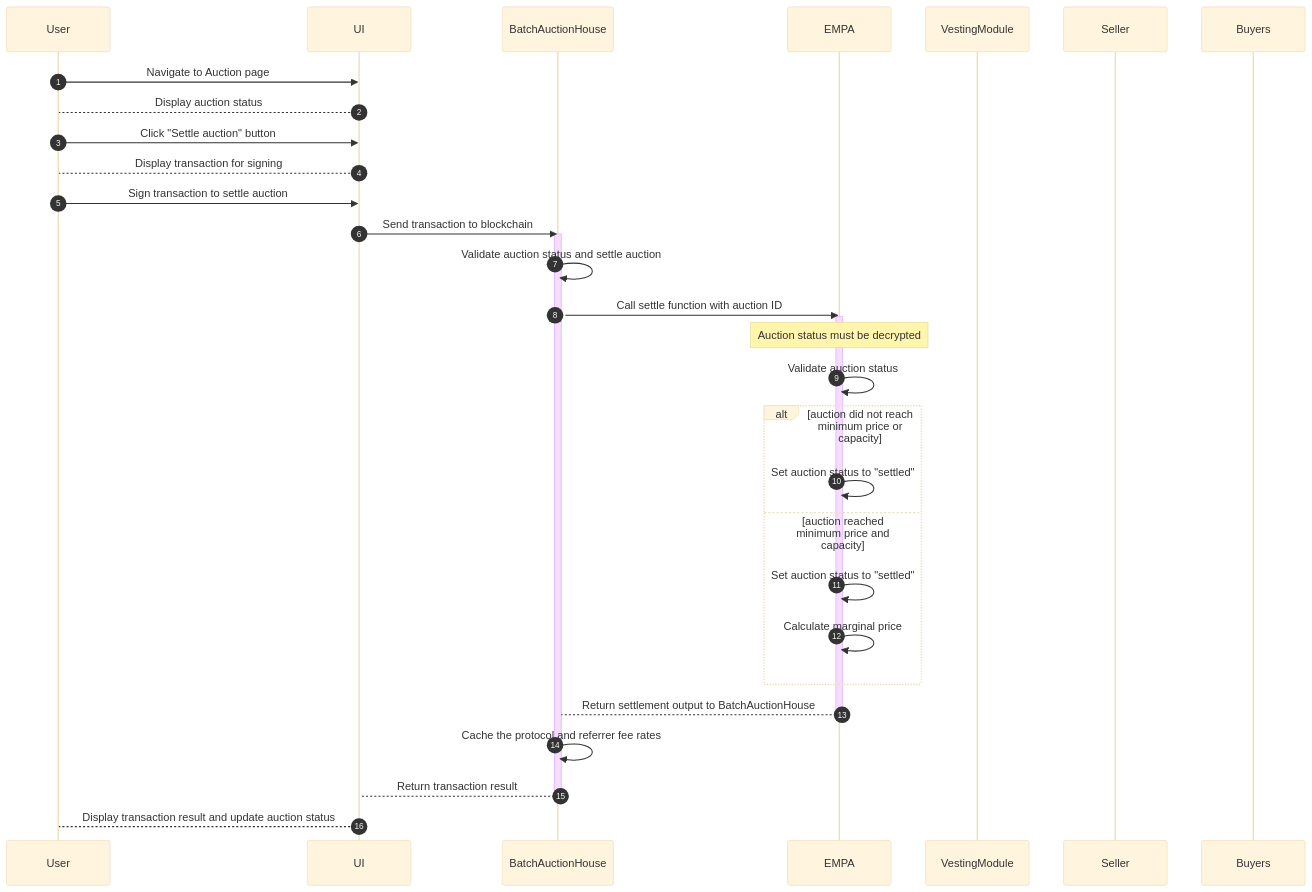
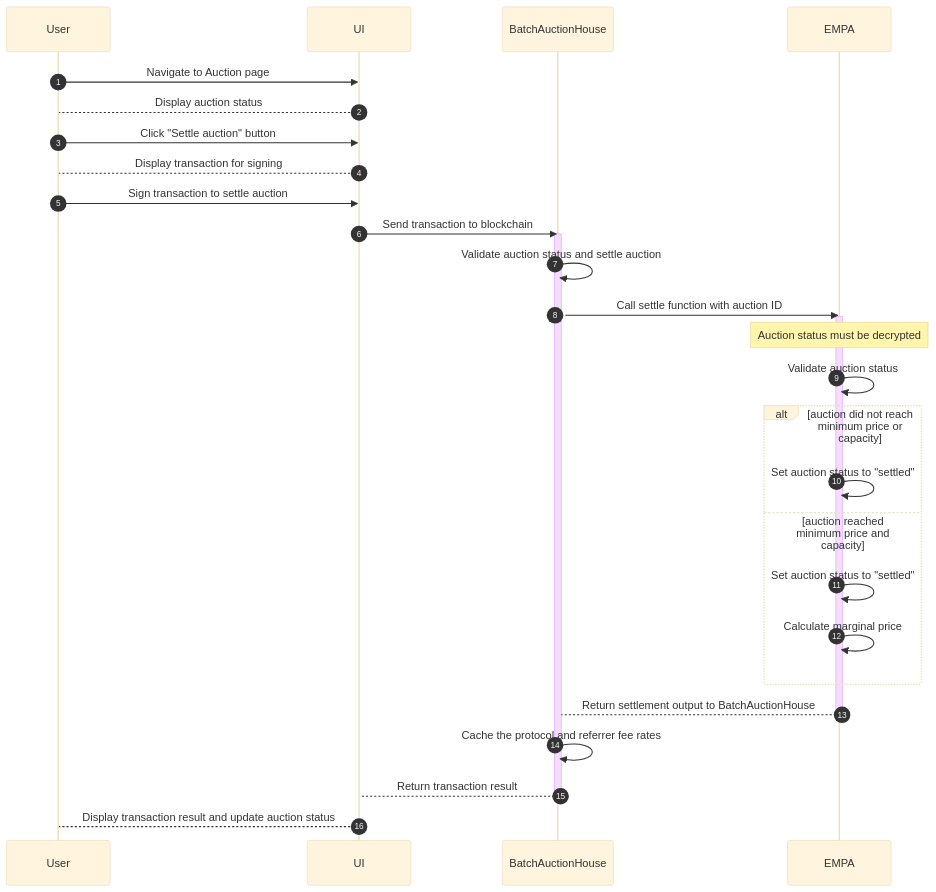
One commit to Axis-Fi/axis-core changed the sixth of 9 diagrams in design/EMPA.md. Above: the diagram before and after it, drawn with Mermaid (base theme). The commit also changed other lines of this file, not shown here.

````diff
--- a/design/EMPA.md
+++ b/design/EMPA.md
@@ -319,36 +325,33 @@
 ```mermaid
 sequenceDiagram
   autoNumber
   participant User
   participant UI
   participant BatchAuctionHouse
   participant EMPA
-  participant VestingModule
-  participant Seller
-  participant Buyers
 
   User->>UI: Navigate to Auction page
   UI-->User: Display auction status
   User->>UI: Click "Settle auction" button
   UI-->User: Display transaction for signing
   User->>UI: Sign transaction to settle auction
   UI->>BatchAuctionHouse: Send transaction to blockchain
   activate BatchAuctionHouse
       BatchAuctionHouse->>BatchAuctionHouse: Validate auction status and settle auction
       BatchAuctionHouse->>EMPA: Call settle function with auction ID
       activate EMPA
           Note over EMPA: Auction status must be decrypted
           EMPA->>EMPA: Validate auction status
           alt auction did not reach minimum price or capacity
               EMPA->>EMPA: Set auction status to "settled"
           else auction reached minimum price and capacity
               EMPA->>EMPA: Set auction status to "settled"
               EMPA->>EMPA: Calculate marginal price
           end
           EMPA-->BatchAuctionHouse: Return settlement output to BatchAuctionHouse
       deactivate EMPA
       BatchAuctionHouse->>BatchAuctionHouse: Cache the protocol and referrer fee rates
       BatchAuctionHouse-->UI: Return transaction result
   deactivate BatchAuctionHouse
   UI-->User: Display transaction result and update auction status
 ```
````
